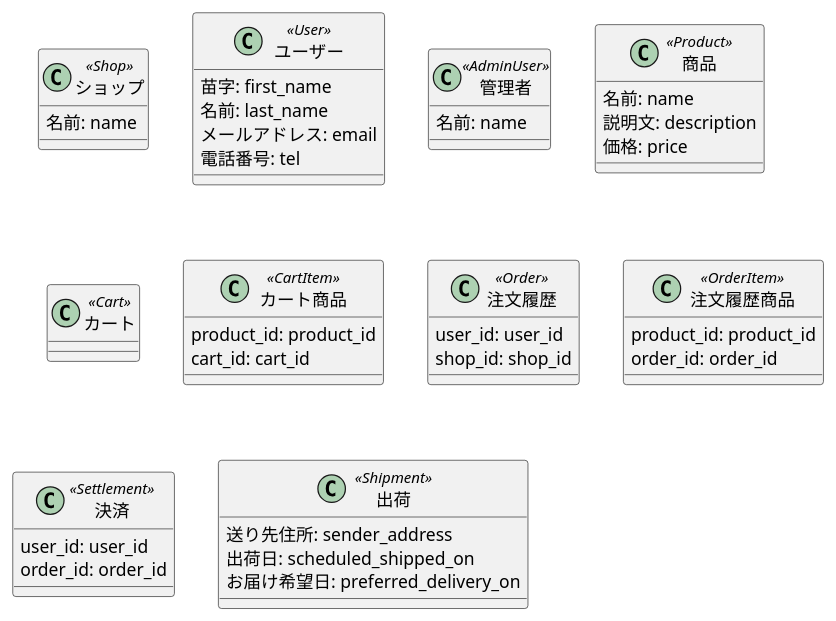
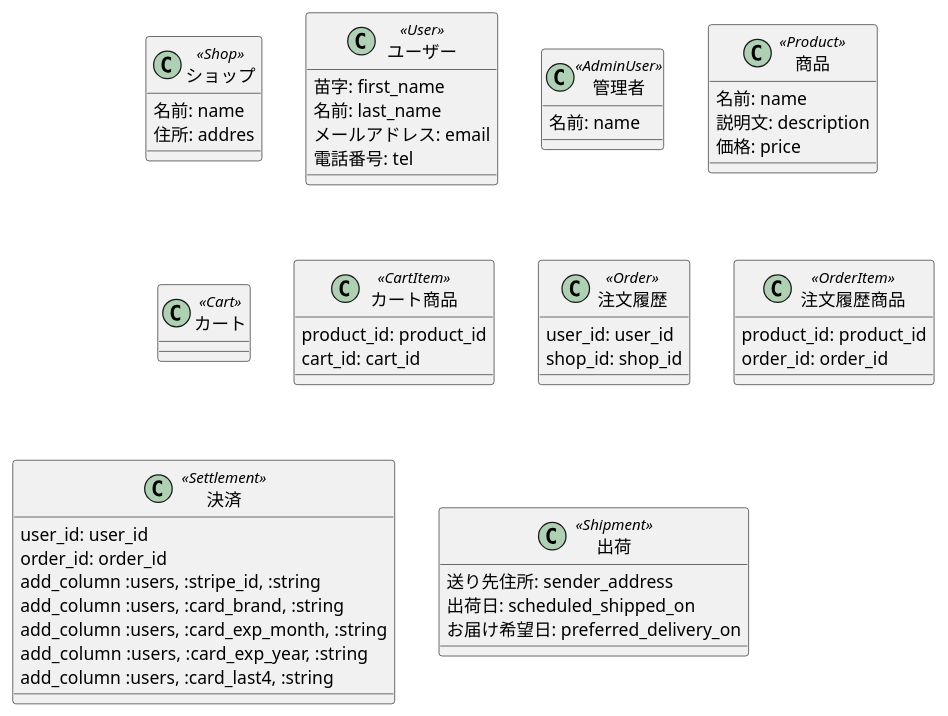
The diagram in class.pu (Awtanabe/cart_app), drawn with PlantUML before and after one commit.

Commit message:
クラスず

```diff
--- a/class.pu
+++ b/class.pu
@@ -1,52 +1,59 @@
 @startuml
 
 class ショップ <<Shop>>{
   名前: name
+  住所: addres
 }
 class ユーザー <<User>>{
   苗字: first_name
   名前: last_name
   メールアドレス: email
   電話番号: tel
 }
 class 管理者 <<AdminUser>>{
   名前: name
 }
 
 class 商品 <<Product>>{
   名前: name
   説明文: description
   価格: price
 }
 
 class カート <<Cart>>{
 }
 
 class カート商品 <<CartItem>>{
   product_id: product_id
   cart_id: cart_id
 }
 
 class 注文履歴 <<Order>>{
   user_id: user_id
   shop_id: shop_id
 }
 
 class 注文履歴商品 <<OrderItem>>{
   product_id: product_id
   order_id: order_id
 }
 
 class 決済 <<Settlement>>{
   user_id: user_id
   order_id: order_id
+  add_column :users, :stripe_id, :string
+    add_column :users, :card_brand, :string
+    add_column :users, :card_exp_month, :string
+    add_column :users, :card_exp_year, :string
+    add_column :users, :card_last4, :string
+
 }
 
 class 出荷 <<Shipment>>{
   送り先住所: sender_address
   出荷日: scheduled_shipped_on
   お届け希望日: preferred_delivery_on
 }
 
 
 @enduml
```
